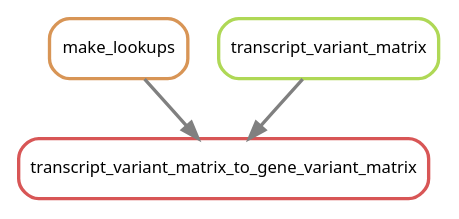
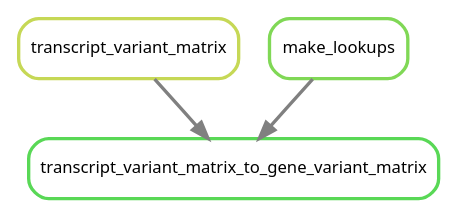
One commit to NCBI-Hackathons/Pharmacogenomics_Prediction_Pipeline_P3 changed the diagram in doc/source/images/exome_variants.dot. Above: the diagram before and after it, drawn with Graphviz. The commit also changed 35 other files, not shown here.

```diff
--- a/doc/source/images/exome_variants.dot
+++ b/doc/source/images/exome_variants.dot
@@ -1,10 +1,10 @@
 digraph snakemake_dag {
     graph[bgcolor=white, margin=0];
     node[shape=box, style=rounded, fontname=sans,                 fontsize=10, penwidth=2];
     edge[penwidth=2, color=grey];
-	0[label = "transcript_variant_matrix_to_gene_variant_matrix", color = "0.00 0.6 0.85", style="rounded"];
-	1[label = "make_lookups", color = "0.08 0.6 0.85", style="rounded"];
-	2[label = "transcript_variant_matrix", color = "0.22 0.6 0.85", style="rounded"];
-	1 -> 0
-	2 -> 0
+	0[label = "transcript_variant_matrix", color = "0.19 0.6 0.85", style="rounded"];
+	1[label = "transcript_variant_matrix_to_gene_variant_matrix", color = "0.33 0.6 0.85", style="rounded"];
+	2[label = "make_lookups", color = "0.28 0.6 0.85", style="rounded"];
+	0 -> 1
+	2 -> 1
 }            
```
